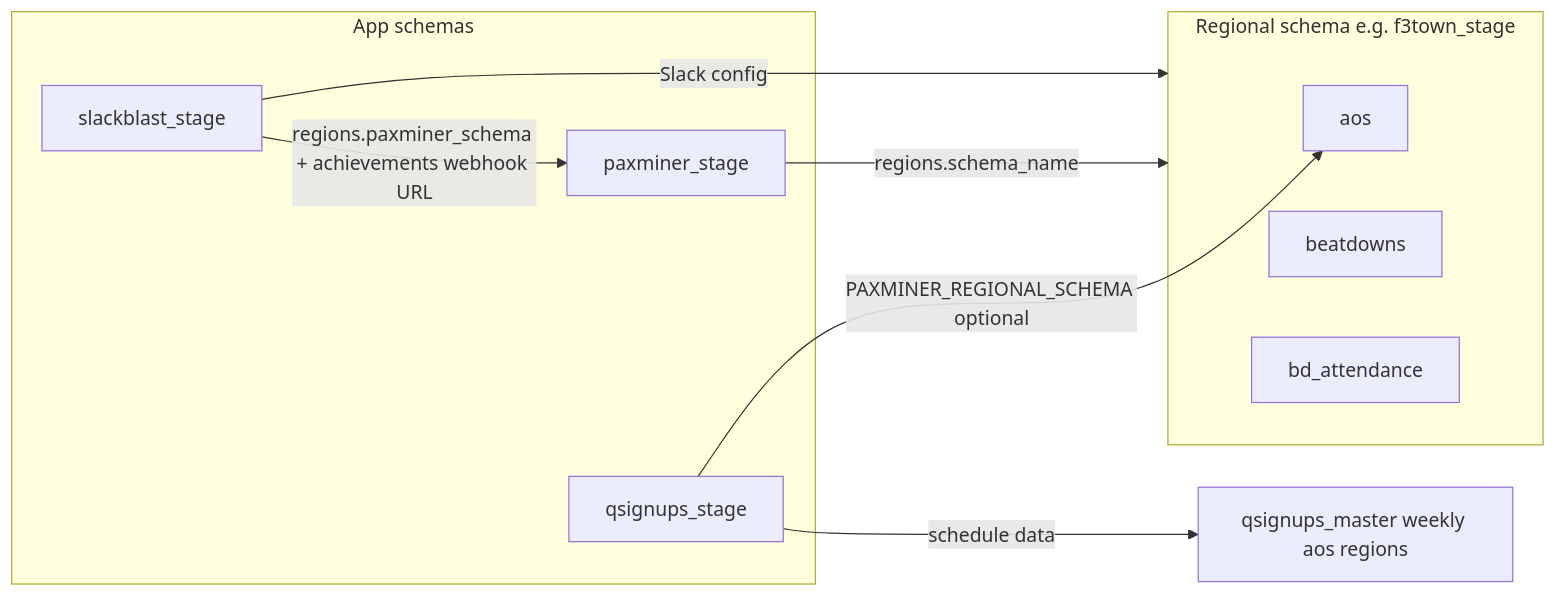
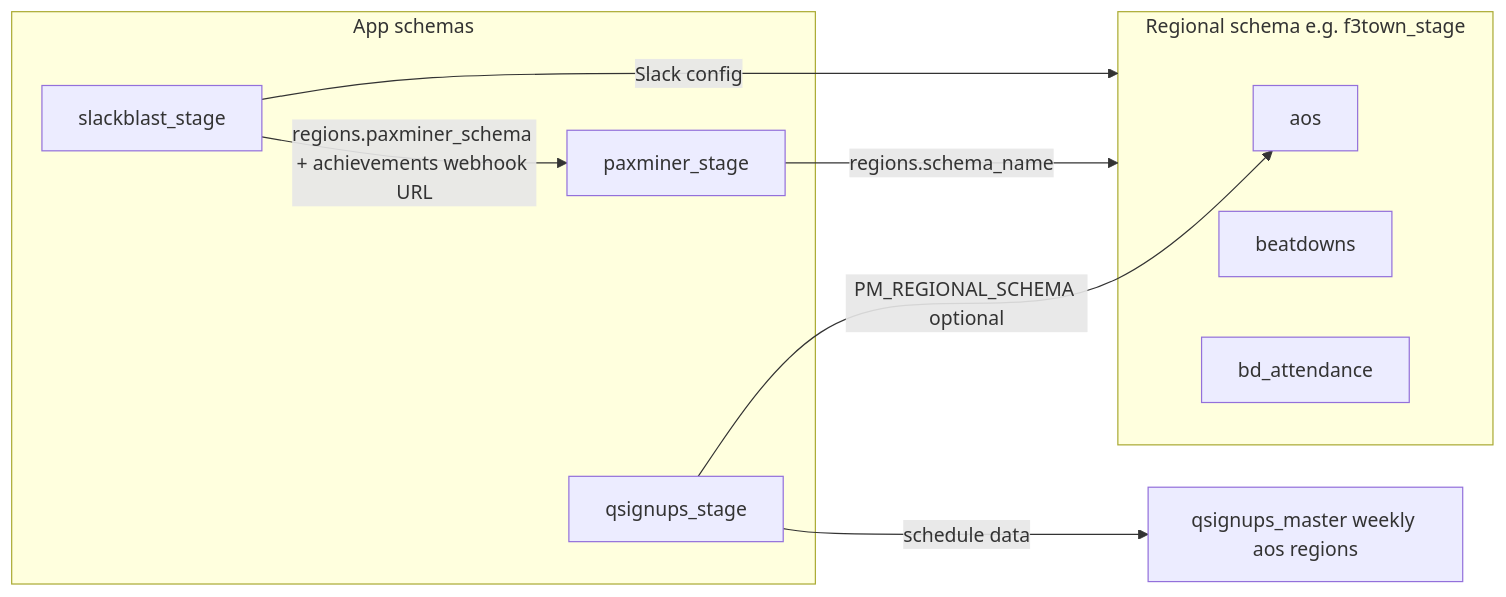
The diagram in docs/ARCHITECTURE.md (f3-tulsa/slack-stack), drawn with Mermaid before and after one commit. The commit also changed other lines of this file and 16 other files, not shown here.

````diff
--- a/docs/ARCHITECTURE.md
+++ b/docs/ARCHITECTURE.md
@@ -31,18 +31,18 @@
 ```mermaid
 flowchart LR
   subgraph app_schemas [App schemas]
     PM[paxminer_stage]
     SB[slackblast_stage]
     QS[qsignups_stage]
   end
   subgraph regional [Regional schema e.g. f3town_stage]
     AOS[aos]
     BD[beatdowns]
     ATT[bd_attendance]
   end
   PM -->|regions.schema_name| regional
   SB -->|regions.paxminer_schema + achievements webhook URL| PM
   SB -->|Slack config| regional
-  QS -->|PAXMINER_REGIONAL_SCHEMA optional| AOS
+  QS -->|PM_REGIONAL_SCHEMA optional| AOS
   QS -->|schedule data| QSMASTER[qsignups_master weekly aos regions]
 ```
````
